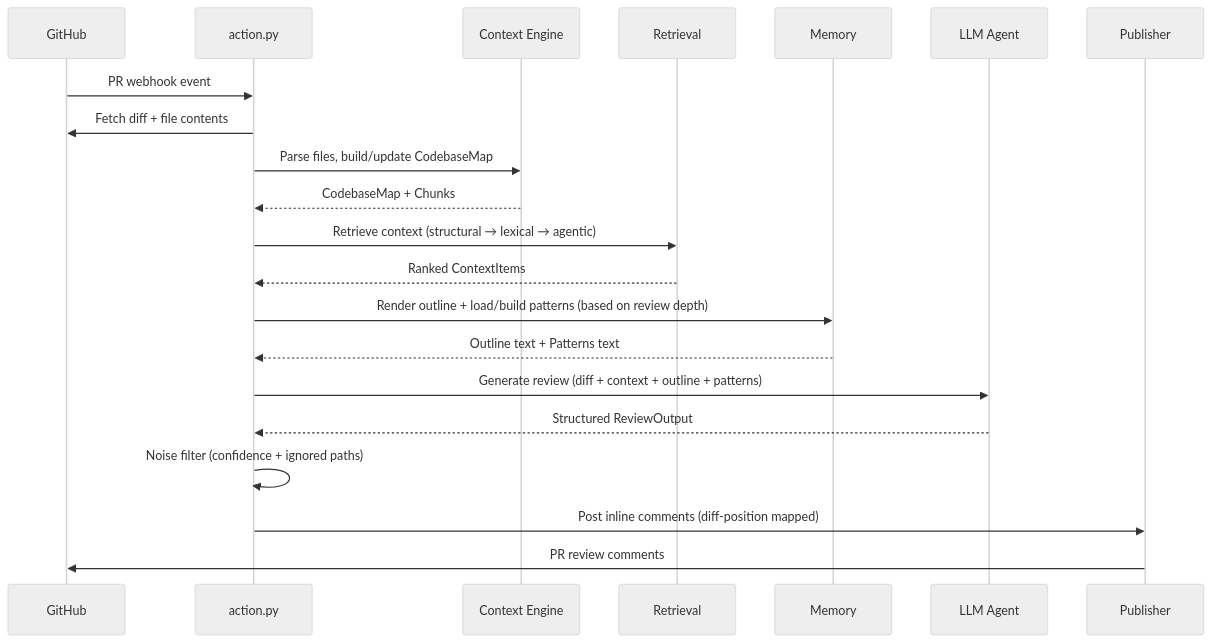
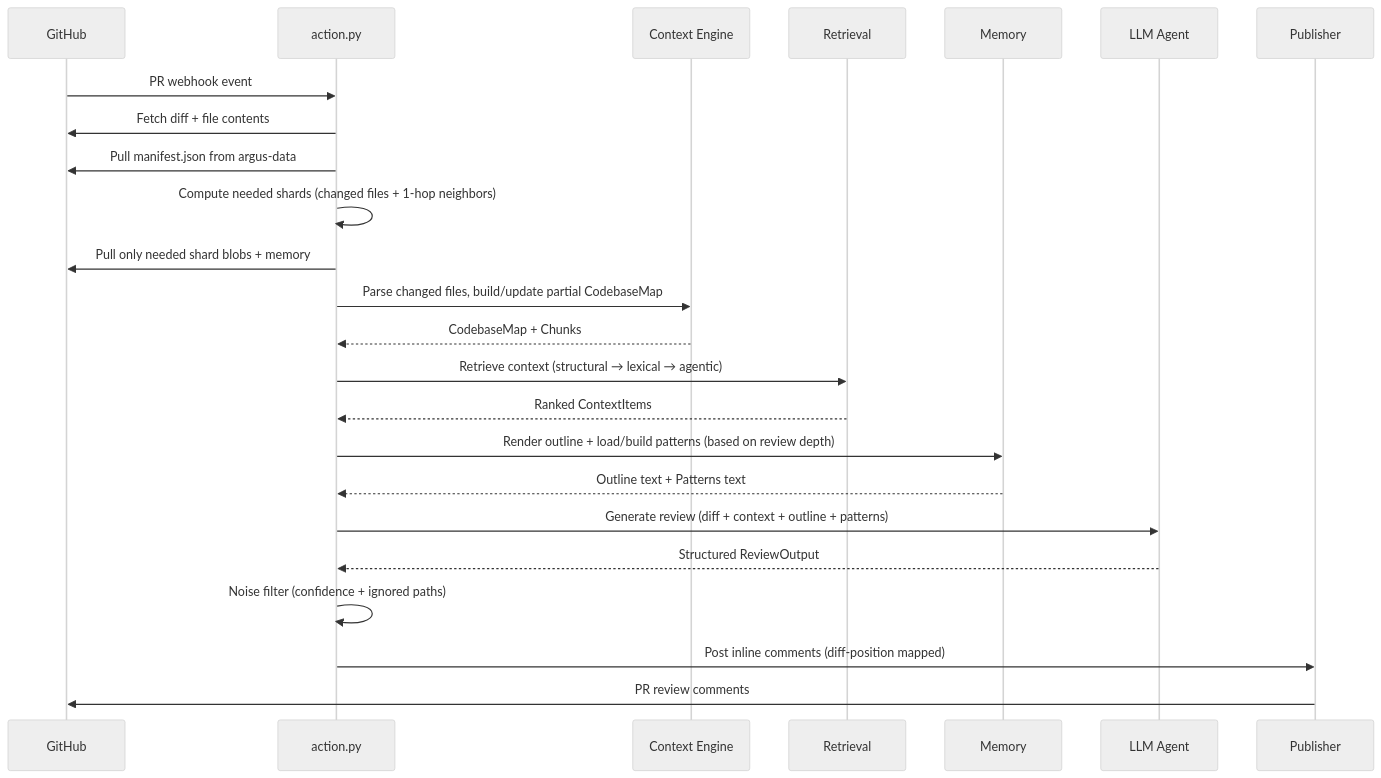
Before and after one commit to sudzxd/argus: the sixth of 6 diagrams in docs/architecture.md, drawn with Mermaid (neutral theme). The commit also changed other lines of this file and 15 other files, not shown here.

First line of the commit message:
feat(infra): sharded codebase map storage with selective sync

````diff
--- a/docs/architecture.md
+++ b/docs/architecture.md
@@ -265,24 +290,27 @@
 ```mermaid
 sequenceDiagram
     participant GH as GitHub
     participant ACT as action.py
     participant CTX as Context Engine
     participant RET as Retrieval
     participant MEM as Memory
     participant LLM as LLM Agent
     participant PUB as Publisher
 
     GH->>ACT: PR webhook event
     ACT->>GH: Fetch diff + file contents
-    ACT->>CTX: Parse files, build/update CodebaseMap
+    ACT->>GH: Pull manifest.json from argus-data
+    ACT->>ACT: Compute needed shards (changed files + 1-hop neighbors)
+    ACT->>GH: Pull only needed shard blobs + memory
+    ACT->>CTX: Parse changed files, build/update partial CodebaseMap
     CTX-->>ACT: CodebaseMap + Chunks
     ACT->>RET: Retrieve context (structural → lexical → agentic)
     RET-->>ACT: Ranked ContextItems
     ACT->>MEM: Render outline + load/build patterns (based on review depth)
     MEM-->>ACT: Outline text + Patterns text
     ACT->>LLM: Generate review (diff + context + outline + patterns)
     LLM-->>ACT: Structured ReviewOutput
     ACT->>ACT: Noise filter (confidence + ignored paths)
     ACT->>PUB: Post inline comments (diff-position mapped)
     PUB->>GH: PR review comments
 ```
````
